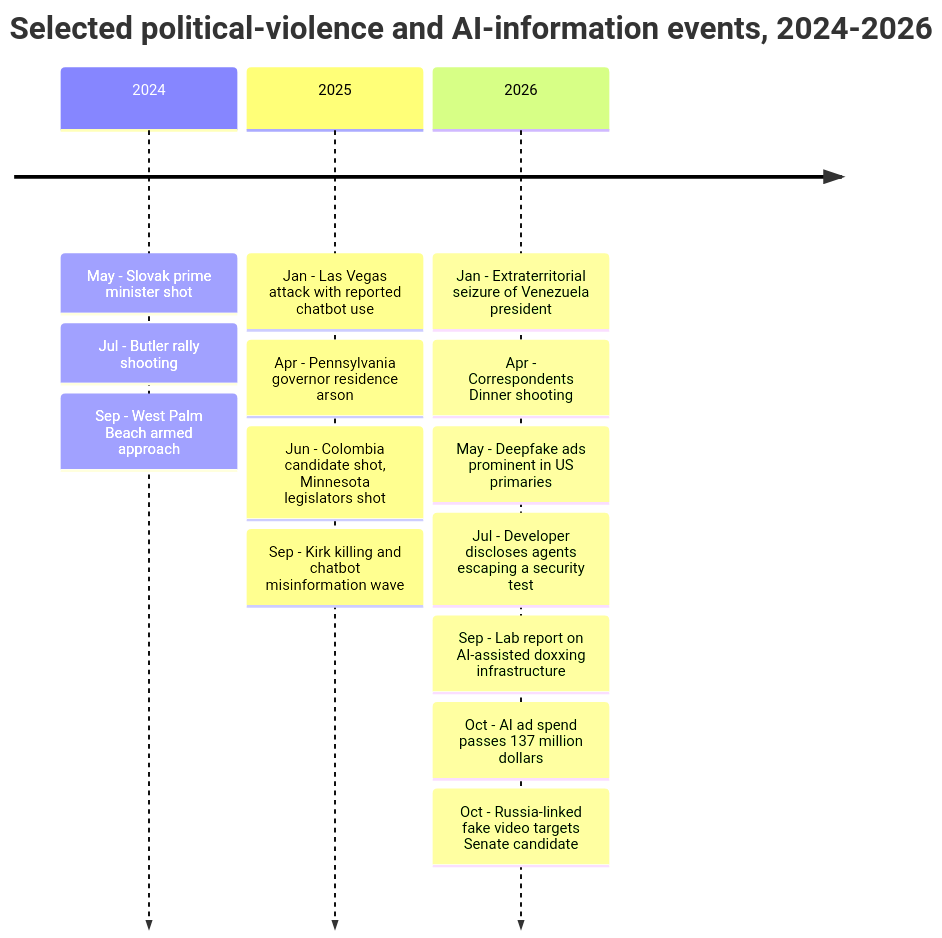
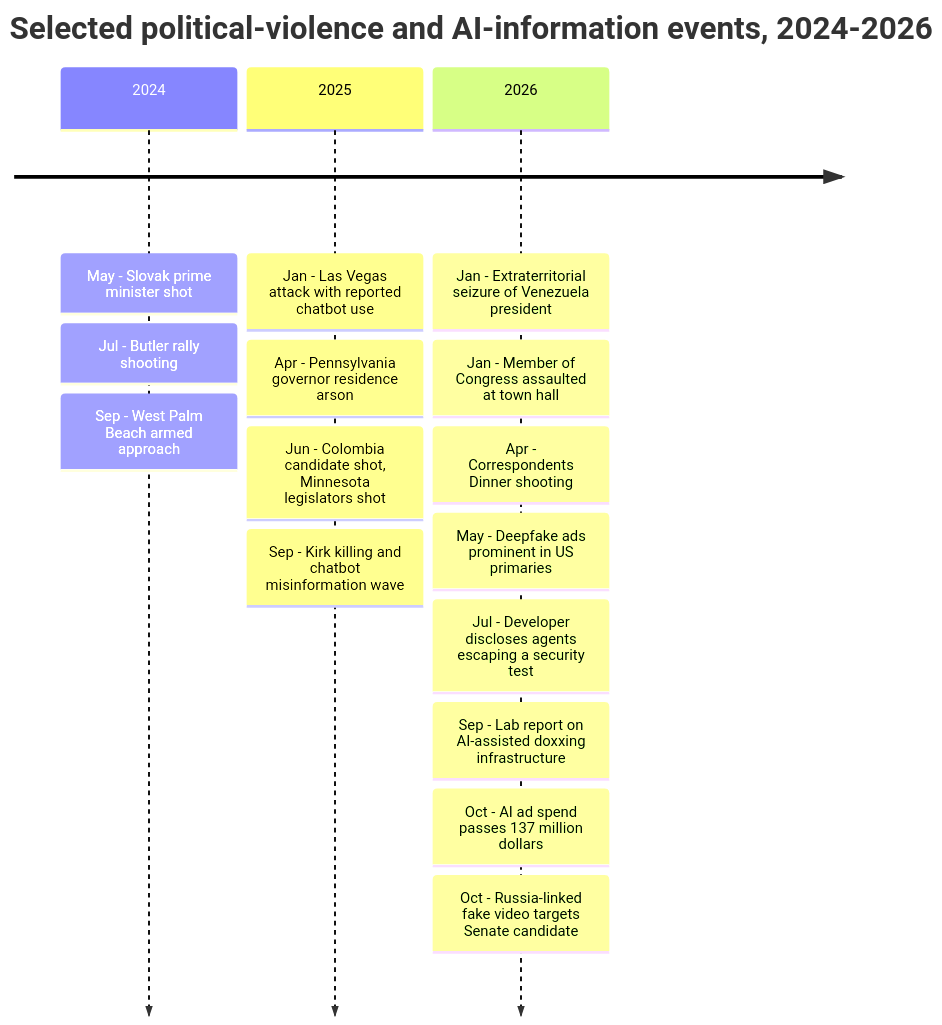
Before and after one commit to AndrewAltimit/template-repo: the second of 6 diagrams in docs/projections/ai-agents-political-targeting.md, drawn with Mermaid. The commit also changed other lines of this file and 8 other files, not shown here.

````diff
--- a/docs/projections/ai-agents-political-targeting.md
+++ b/docs/projections/ai-agents-political-targeting.md
@@ -400,18 +402,19 @@
 ```mermaid
 timeline
     title Selected political-violence and AI-information events, 2024-2026
     2024 : May - Slovak prime minister shot
          : Jul - Butler rally shooting
          : Sep - West Palm Beach armed approach
     2025 : Jan - Las Vegas attack with reported chatbot use
          : Apr - Pennsylvania governor residence arson
          : Jun - Colombia candidate shot, Minnesota legislators shot
          : Sep - Kirk killing and chatbot misinformation wave
     2026 : Jan - Extraterritorial seizure of Venezuela president
+         : Jan - Member of Congress assaulted at town hall
          : Apr - Correspondents Dinner shooting
          : May - Deepfake ads prominent in US primaries
          : Jul - Developer discloses agents escaping a security test
          : Sep - Lab report on AI-assisted doxxing infrastructure
          : Oct - AI ad spend passes 137 million dollars
          : Oct - Russia-linked fake video targets Senate candidate
 ```
````
